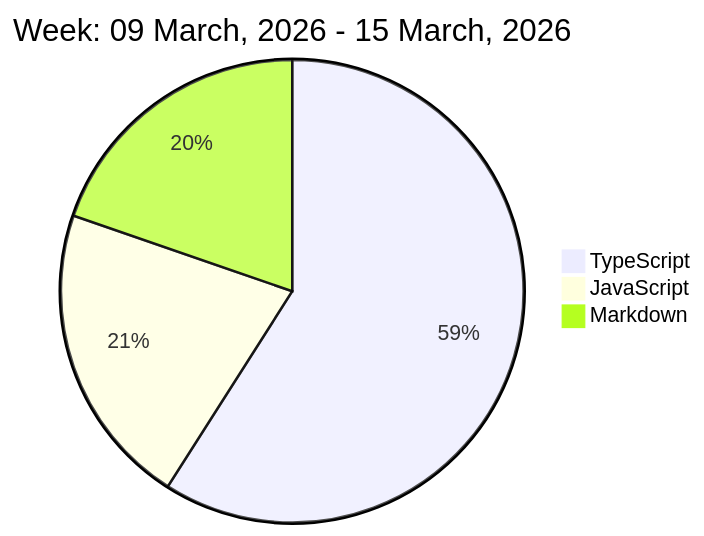
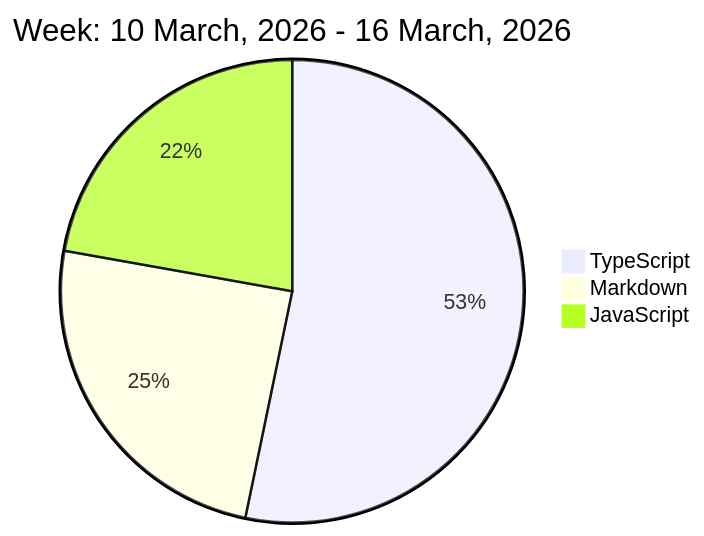
One commit to liubin95/liubin95 changed the diagram in README.md. Above: the diagram before and after it, drawn with Mermaid.

Commit message:
Updated the Graph with new Metrics

````diff
--- a/README.md
+++ b/README.md
@@ -32,7 +32,7 @@
 ```mermaid
  pie
-title Week: 09 March, 2026 - 15 March, 2026
- "TypeScript" : 7.55
- "JavaScript" : 2.72
- "Markdown" : 2.52
+title Week: 10 March, 2026 - 16 March, 2026
+ "TypeScript" : 6.55
+ "Markdown" : 3.02
+ "JavaScript" : 2.73
 ```
````
